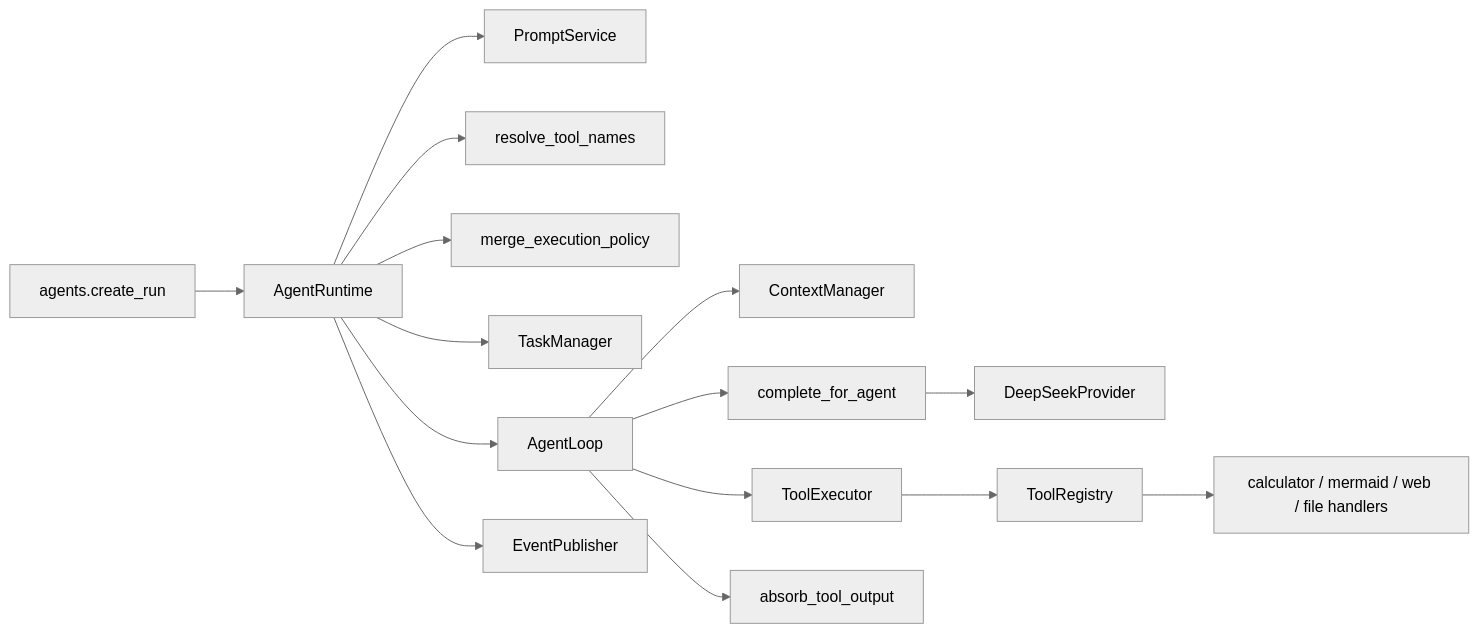
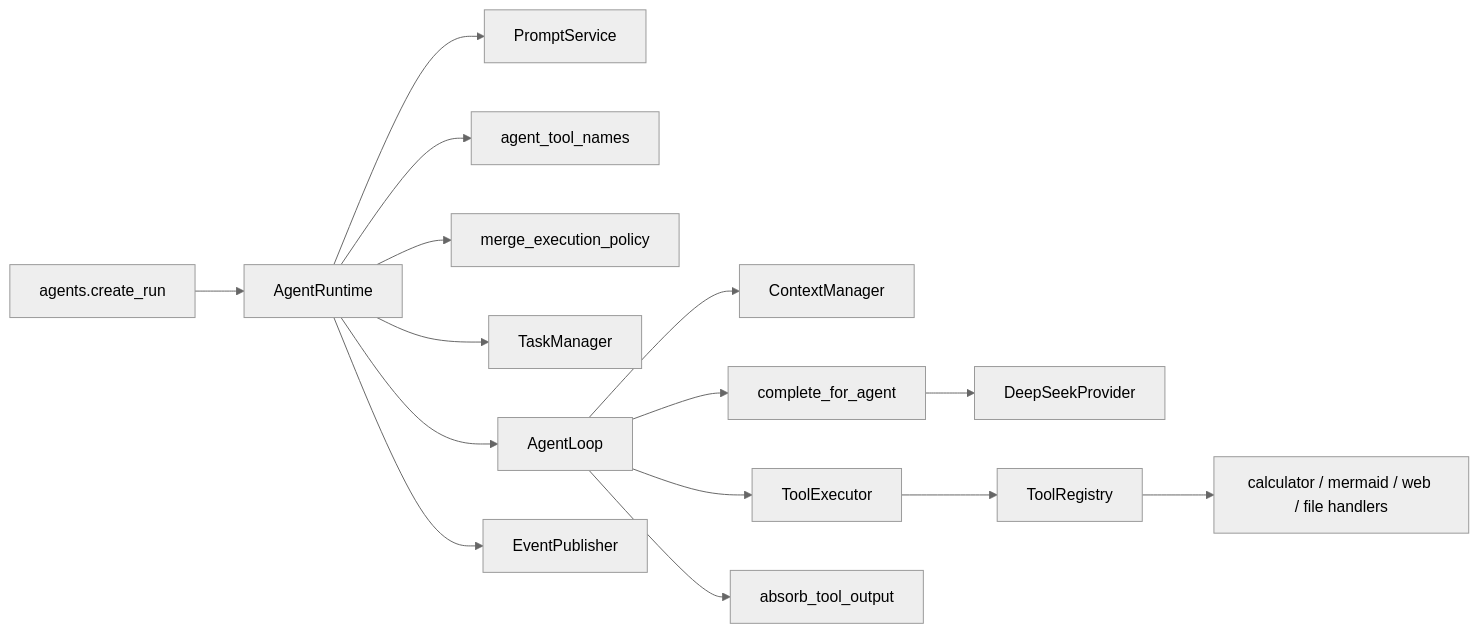
One commit to RKwork85/muzi-llm-server changed the second of 4 diagrams in docs/openai_doc/PROJECT_ARCHITECTURE.md. Above: the diagram before and after it, drawn with Mermaid (neutral theme). The commit also changed other lines of this file and 119 other files, not shown here.

````diff
--- a/docs/openai_doc/PROJECT_ARCHITECTURE.md
+++ b/docs/openai_doc/PROJECT_ARCHITECTURE.md
@@ -149,17 +149,17 @@
 ```mermaid
 flowchart LR
   agentsEndpoint["agents.create_run"] --> AgentRuntime
   AgentRuntime --> PromptService
-  AgentRuntime --> resolveToolNames["resolve_tool_names"]
+  AgentRuntime --> resolveToolNames["agent_tool_names"]
   AgentRuntime --> mergePolicy["merge_execution_policy"]
   AgentRuntime --> TaskManager
   AgentRuntime --> AgentLoop
   AgentLoop --> ContextManager
   AgentLoop --> completeForAgent["complete_for_agent"]
   completeForAgent --> DeepSeekProvider
   AgentLoop --> ToolExecutor
   ToolExecutor --> ToolRegistry
   ToolRegistry --> handlers["calculator / mermaid / web / file handlers"]
   AgentLoop --> absorb["absorb_tool_output"]
   AgentRuntime --> EventPublisher
 ```
````
